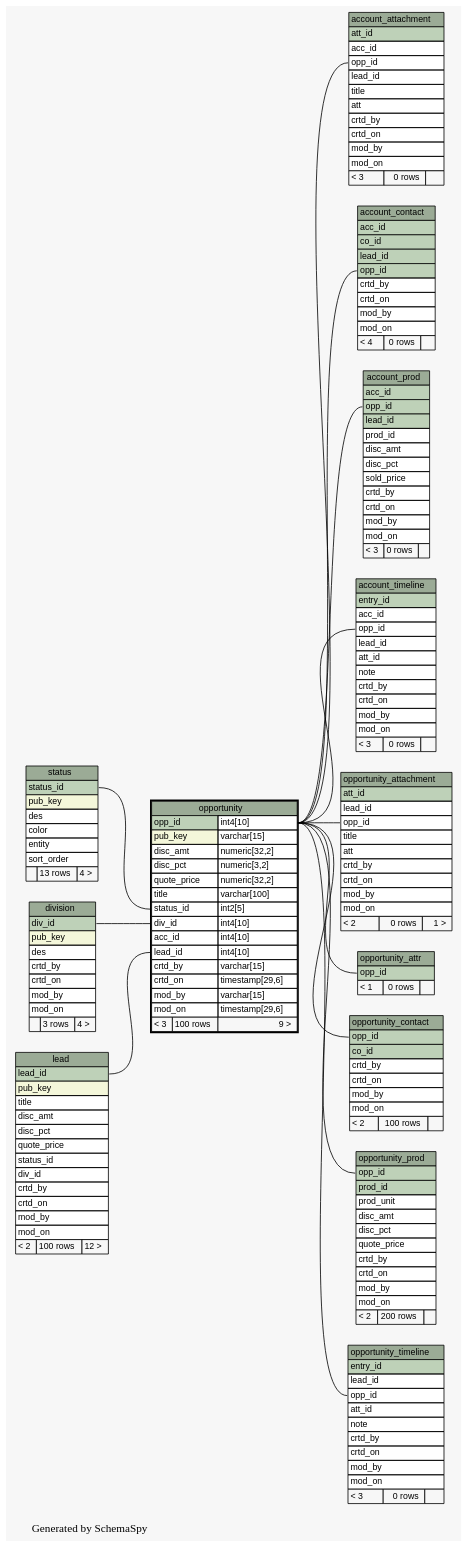
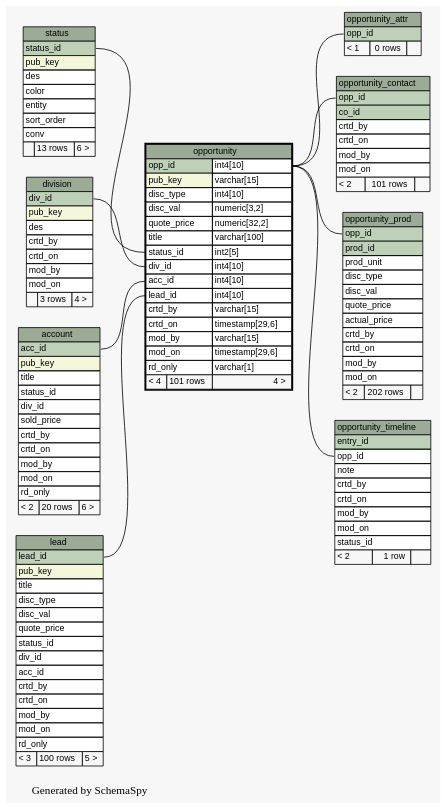
The diagram in docs/database/schemaspy/graphs/opportunity.1degree.dot (engineerscraft/salesforce), drawn with Graphviz before and after one commit. The commit also changed 157 other files, not shown here.

```diff
--- a/docs/database/schemaspy/graphs/opportunity.1degree.dot
+++ b/docs/database/schemaspy/graphs/opportunity.1degree.dot
@@ -14,92 +14,33 @@
   edge [
     arrowsize="0.8"
   ];
-  "account_attachment":"opp_id":w -> "opportunity":"opp_id.type":e [arrowtail=crowodot arrowhead=none];
-  "account_contact":"opp_id":w -> "opportunity":"opp_id.type":e [arrowtail=crowtee arrowhead=none];
-  "account_prod":"opp_id":w -> "opportunity":"opp_id.type":e [arrowtail=crowtee arrowhead=none];
-  "account_timeline":"opp_id":w -> "opportunity":"opp_id.type":e [arrowtail=crowodot arrowhead=none];
+  "opportunity":"acc_id":w -> "account":"acc_id":e [arrowtail=crowodot arrowhead=none];
   "opportunity":"div_id":w -> "division":"div_id":e [arrowtail=crowtee arrowhead=none];
   "opportunity":"lead_id":w -> "lead":"lead_id":e [arrowtail=crowodot arrowhead=none];
   "opportunity":"status_id":w -> "status":"status_id":e [arrowtail=crowtee arrowhead=none];
-  "opportunity_attachment":"opp_id":w -> "opportunity":"opp_id.type":e [arrowtail=crowtee arrowhead=none];
   "opportunity_attr":"opp_id":w -> "opportunity":"opp_id.type":e [arrowtail=tee arrowhead=none];
   "opportunity_contact":"opp_id":w -> "opportunity":"opp_id.type":e [arrowtail=crowtee arrowhead=none];
   "opportunity_prod":"opp_id":w -> "opportunity":"opp_id.type":e [arrowtail=crowtee arrowhead=none];
   "opportunity_timeline":"opp_id":w -> "opportunity":"opp_id.type":e [arrowtail=crowtee arrowhead=none];
-  "account_attachment" [
+  "account" [
     label=<
     <TABLE BORDER="0" CELLBORDER="1" CELLSPACING="0" BGCOLOR="#ffffff">
-      <TR><TD PORT="account_attachment.heading" COLSPAN="3" BGCOLOR="#9bab96" ALIGN="CENTER">account_attachment</TD></TR>
-      <TR><TD PORT="att_id" COLSPAN="3" BGCOLOR="#bed1b8" ALIGN="LEFT">att_id</TD></TR>
-      <TR><TD PORT="acc_id" COLSPAN="3" ALIGN="LEFT">acc_id</TD></TR>
-      <TR><TD PORT="opp_id" COLSPAN="3" ALIGN="LEFT">opp_id</TD></TR>
-      <TR><TD PORT="lead_id" COLSPAN="3" ALIGN="LEFT">lead_id</TD></TR>
+      <TR><TD PORT="account.heading" COLSPAN="3" BGCOLOR="#9bab96" ALIGN="CENTER">account</TD></TR>
+      <TR><TD PORT="acc_id" COLSPAN="3" BGCOLOR="#bed1b8" ALIGN="LEFT">acc_id</TD></TR>
+      <TR><TD PORT="pub_key" COLSPAN="3" BGCOLOR="#f4f7da" ALIGN="LEFT">pub_key</TD></TR>
       <TR><TD PORT="title" COLSPAN="3" ALIGN="LEFT">title</TD></TR>
-      <TR><TD PORT="att" COLSPAN="3" ALIGN="LEFT">att</TD></TR>
-      <TR><TD PORT="crtd_by" COLSPAN="3" ALIGN="LEFT">crtd_by</TD></TR>
-      <TR><TD PORT="crtd_on" COLSPAN="3" ALIGN="LEFT">crtd_on</TD></TR>
-      <TR><TD PORT="mod_by" COLSPAN="3" ALIGN="LEFT">mod_by</TD></TR>
-      <TR><TD PORT="mod_on" COLSPAN="3" ALIGN="LEFT">mod_on</TD></TR>
-      <TR><TD ALIGN="LEFT" BGCOLOR="#f7f7f7">&lt; 3</TD><TD ALIGN="RIGHT" BGCOLOR="#f7f7f7">0 rows</TD><TD ALIGN="RIGHT" BGCOLOR="#f7f7f7">  </TD></TR>
-    </TABLE>>
-    URL="account_attachment.html#graph"
-    tooltip="account_attachment"
-  ];
-  "account_contact" [
-    label=<
-    <TABLE BORDER="0" CELLBORDER="1" CELLSPACING="0" BGCOLOR="#ffffff">
-      <TR><TD PORT="account_contact.heading" COLSPAN="3" BGCOLOR="#9bab96" ALIGN="CENTER">account_contact</TD></TR>
-      <TR><TD PORT="acc_id" COLSPAN="3" BGCOLOR="#bed1b8" ALIGN="LEFT">acc_id</TD></TR>
-      <TR><TD PORT="co_id" COLSPAN="3" BGCOLOR="#bed1b8" ALIGN="LEFT">co_id</TD></TR>
-      <TR><TD PORT="lead_id" COLSPAN="3" BGCOLOR="#bed1b8" ALIGN="LEFT">lead_id</TD></TR>
-      <TR><TD PORT="opp_id" COLSPAN="3" BGCOLOR="#bed1b8" ALIGN="LEFT">opp_id</TD></TR>
-      <TR><TD PORT="crtd_by" COLSPAN="3" ALIGN="LEFT">crtd_by</TD></TR>
-      <TR><TD PORT="crtd_on" COLSPAN="3" ALIGN="LEFT">crtd_on</TD></TR>
-      <TR><TD PORT="mod_by" COLSPAN="3" ALIGN="LEFT">mod_by</TD></TR>
-      <TR><TD PORT="mod_on" COLSPAN="3" ALIGN="LEFT">mod_on</TD></TR>
-      <TR><TD ALIGN="LEFT" BGCOLOR="#f7f7f7">&lt; 4</TD><TD ALIGN="RIGHT" BGCOLOR="#f7f7f7">0 rows</TD><TD ALIGN="RIGHT" BGCOLOR="#f7f7f7">  </TD></TR>
-    </TABLE>>
-    URL="account_contact.html#graph"
-    tooltip="account_contact"
-  ];
-  "account_prod" [
-    label=<
-    <TABLE BORDER="0" CELLBORDER="1" CELLSPACING="0" BGCOLOR="#ffffff">
-      <TR><TD PORT="account_prod.heading" COLSPAN="3" BGCOLOR="#9bab96" ALIGN="CENTER">account_prod</TD></TR>
-      <TR><TD PORT="acc_id" COLSPAN="3" BGCOLOR="#bed1b8" ALIGN="LEFT">acc_id</TD></TR>
-      <TR><TD PORT="opp_id" COLSPAN="3" BGCOLOR="#bed1b8" ALIGN="LEFT">opp_id</TD></TR>
-      <TR><TD PORT="lead_id" COLSPAN="3" BGCOLOR="#bed1b8" ALIGN="LEFT">lead_id</TD></TR>
-      <TR><TD PORT="prod_id" COLSPAN="3" ALIGN="LEFT">prod_id</TD></TR>
-      <TR><TD PORT="disc_amt" COLSPAN="3" ALIGN="LEFT">disc_amt</TD></TR>
-      <TR><TD PORT="disc_pct" COLSPAN="3" ALIGN="LEFT">disc_pct</TD></TR>
+      <TR><TD PORT="status_id" COLSPAN="3" ALIGN="LEFT">status_id</TD></TR>
+      <TR><TD PORT="div_id" COLSPAN="3" ALIGN="LEFT">div_id</TD></TR>
       <TR><TD PORT="sold_price" COLSPAN="3" ALIGN="LEFT">sold_price</TD></TR>
       <TR><TD PORT="crtd_by" COLSPAN="3" ALIGN="LEFT">crtd_by</TD></TR>
       <TR><TD PORT="crtd_on" COLSPAN="3" ALIGN="LEFT">crtd_on</TD></TR>
       <TR><TD PORT="mod_by" COLSPAN="3" ALIGN="LEFT">mod_by</TD></TR>
       <TR><TD PORT="mod_on" COLSPAN="3" ALIGN="LEFT">mod_on</TD></TR>
-      <TR><TD ALIGN="LEFT" BGCOLOR="#f7f7f7">&lt; 3</TD><TD ALIGN="RIGHT" BGCOLOR="#f7f7f7">0 rows</TD><TD ALIGN="RIGHT" BGCOLOR="#f7f7f7">  </TD></TR>
+      <TR><TD PORT="rd_only" COLSPAN="3" ALIGN="LEFT">rd_only</TD></TR>
+      <TR><TD ALIGN="LEFT" BGCOLOR="#f7f7f7">&lt; 2</TD><TD ALIGN="RIGHT" BGCOLOR="#f7f7f7">20 rows</TD><TD ALIGN="RIGHT" BGCOLOR="#f7f7f7">6 &gt;</TD></TR>
     </TABLE>>
-    URL="account_prod.html#graph"
-    tooltip="account_prod"
-  ];
-  "account_timeline" [
-    label=<
-    <TABLE BORDER="0" CELLBORDER="1" CELLSPACING="0" BGCOLOR="#ffffff">
-      <TR><TD PORT="account_timeline.heading" COLSPAN="3" BGCOLOR="#9bab96" ALIGN="CENTER">account_timeline</TD></TR>
-      <TR><TD PORT="entry_id" COLSPAN="3" BGCOLOR="#bed1b8" ALIGN="LEFT">entry_id</TD></TR>
-      <TR><TD PORT="acc_id" COLSPAN="3" ALIGN="LEFT">acc_id</TD></TR>
-      <TR><TD PORT="opp_id" COLSPAN="3" ALIGN="LEFT">opp_id</TD></TR>
-      <TR><TD PORT="lead_id" COLSPAN="3" ALIGN="LEFT">lead_id</TD></TR>
-      <TR><TD PORT="att_id" COLSPAN="3" ALIGN="LEFT">att_id</TD></TR>
-      <TR><TD PORT="note" COLSPAN="3" ALIGN="LEFT">note</TD></TR>
-      <TR><TD PORT="crtd_by" COLSPAN="3" ALIGN="LEFT">crtd_by</TD></TR>
-      <TR><TD PORT="crtd_on" COLSPAN="3" ALIGN="LEFT">crtd_on</TD></TR>
-      <TR><TD PORT="mod_by" COLSPAN="3" ALIGN="LEFT">mod_by</TD></TR>
-      <TR><TD PORT="mod_on" COLSPAN="3" ALIGN="LEFT">mod_on</TD></TR>
-      <TR><TD ALIGN="LEFT" BGCOLOR="#f7f7f7">&lt; 3</TD><TD ALIGN="RIGHT" BGCOLOR="#f7f7f7">0 rows</TD><TD ALIGN="RIGHT" BGCOLOR="#f7f7f7">  </TD></TR>
-    </TABLE>>
-    URL="account_timeline.html#graph"
-    tooltip="account_timeline"
+    URL="account.html#graph"
+    tooltip="account"
   ];
   "division" [
     label=<
@@ -124,16 +65,18 @@
       <TR><TD PORT="lead_id" COLSPAN="3" BGCOLOR="#bed1b8" ALIGN="LEFT">lead_id</TD></TR>
       <TR><TD PORT="pub_key" COLSPAN="3" BGCOLOR="#f4f7da" ALIGN="LEFT">pub_key</TD></TR>
       <TR><TD PORT="title" COLSPAN="3" ALIGN="LEFT">title</TD></TR>
-      <TR><TD PORT="disc_amt" COLSPAN="3" ALIGN="LEFT">disc_amt</TD></TR>
-      <TR><TD PORT="disc_pct" COLSPAN="3" ALIGN="LEFT">disc_pct</TD></TR>
+      <TR><TD PORT="disc_type" COLSPAN="3" ALIGN="LEFT">disc_type</TD></TR>
+      <TR><TD PORT="disc_val" COLSPAN="3" ALIGN="LEFT">disc_val</TD></TR>
       <TR><TD PORT="quote_price" COLSPAN="3" ALIGN="LEFT">quote_price</TD></TR>
       <TR><TD PORT="status_id" COLSPAN="3" ALIGN="LEFT">status_id</TD></TR>
       <TR><TD PORT="div_id" COLSPAN="3" ALIGN="LEFT">div_id</TD></TR>
+      <TR><TD PORT="acc_id" COLSPAN="3" ALIGN="LEFT">acc_id</TD></TR>
       <TR><TD PORT="crtd_by" COLSPAN="3" ALIGN="LEFT">crtd_by</TD></TR>
       <TR><TD PORT="crtd_on" COLSPAN="3" ALIGN="LEFT">crtd_on</TD></TR>
       <TR><TD PORT="mod_by" COLSPAN="3" ALIGN="LEFT">mod_by</TD></TR>
       <TR><TD PORT="mod_on" COLSPAN="3" ALIGN="LEFT">mod_on</TD></TR>
-      <TR><TD ALIGN="LEFT" BGCOLOR="#f7f7f7">&lt; 2</TD><TD ALIGN="RIGHT" BGCOLOR="#f7f7f7">100 rows</TD><TD ALIGN="RIGHT" BGCOLOR="#f7f7f7">12 &gt;</TD></TR>
+      <TR><TD PORT="rd_only" COLSPAN="3" ALIGN="LEFT">rd_only</TD></TR>
+      <TR><TD ALIGN="LEFT" BGCOLOR="#f7f7f7">&lt; 3</TD><TD ALIGN="RIGHT" BGCOLOR="#f7f7f7">100 rows</TD><TD ALIGN="RIGHT" BGCOLOR="#f7f7f7">5 &gt;</TD></TR>
     </TABLE>>
     URL="lead.html#graph"
     tooltip="lead"
@@ -144,8 +87,8 @@
       <TR><TD PORT="opportunity.heading" COLSPAN="3" BGCOLOR="#9bab96" ALIGN="CENTER">opportunity</TD></TR>
       <TR><TD PORT="opp_id" COLSPAN="2" BGCOLOR="#bed1b8" ALIGN="LEFT">opp_id</TD><TD PORT="opp_id.type" ALIGN="LEFT">int4[10]</TD></TR>
       <TR><TD PORT="pub_key" COLSPAN="2" BGCOLOR="#f4f7da" ALIGN="LEFT">pub_key</TD><TD PORT="pub_key.type" ALIGN="LEFT">varchar[15]</TD></TR>
-      <TR><TD PORT="disc_amt" COLSPAN="2" ALIGN="LEFT">disc_amt</TD><TD PORT="disc_amt.type" ALIGN="LEFT">numeric[32,2]</TD></TR>
-      <TR><TD PORT="disc_pct" COLSPAN="2" ALIGN="LEFT">disc_pct</TD><TD PORT="disc_pct.type" ALIGN="LEFT">numeric[3,2]</TD></TR>
+      <TR><TD PORT="disc_type" COLSPAN="2" ALIGN="LEFT">disc_type</TD><TD PORT="disc_type.type" ALIGN="LEFT">int4[10]</TD></TR>
+      <TR><TD PORT="disc_val" COLSPAN="2" ALIGN="LEFT">disc_val</TD><TD PORT="disc_val.type" ALIGN="LEFT">numeric[3,2]</TD></TR>
       <TR><TD PORT="quote_price" COLSPAN="2" ALIGN="LEFT">quote_price</TD><TD PORT="quote_price.type" ALIGN="LEFT">numeric[32,2]</TD></TR>
       <TR><TD PORT="title" COLSPAN="2" ALIGN="LEFT">title</TD><TD PORT="title.type" ALIGN="LEFT">varchar[100]</TD></TR>
       <TR><TD PORT="status_id" COLSPAN="2" ALIGN="LEFT">status_id</TD><TD PORT="status_id.type" ALIGN="LEFT">int2[5]</TD></TR>
@@ -156,28 +99,11 @@
       <TR><TD PORT="crtd_on" COLSPAN="2" ALIGN="LEFT">crtd_on</TD><TD PORT="crtd_on.type" ALIGN="LEFT">timestamp[29,6]</TD></TR>
       <TR><TD PORT="mod_by" COLSPAN="2" ALIGN="LEFT">mod_by</TD><TD PORT="mod_by.type" ALIGN="LEFT">varchar[15]</TD></TR>
       <TR><TD PORT="mod_on" COLSPAN="2" ALIGN="LEFT">mod_on</TD><TD PORT="mod_on.type" ALIGN="LEFT">timestamp[29,6]</TD></TR>
-      <TR><TD ALIGN="LEFT" BGCOLOR="#f7f7f7">&lt; 3</TD><TD ALIGN="RIGHT" BGCOLOR="#f7f7f7">100 rows</TD><TD ALIGN="RIGHT" BGCOLOR="#f7f7f7">9 &gt;</TD></TR>
+      <TR><TD PORT="rd_only" COLSPAN="2" ALIGN="LEFT">rd_only</TD><TD PORT="rd_only.type" ALIGN="LEFT">varchar[1]</TD></TR>
+      <TR><TD ALIGN="LEFT" BGCOLOR="#f7f7f7">&lt; 4</TD><TD ALIGN="RIGHT" BGCOLOR="#f7f7f7">101 rows</TD><TD ALIGN="RIGHT" BGCOLOR="#f7f7f7">4 &gt;</TD></TR>
     </TABLE>>
     URL="opportunity.html#"
     tooltip="opportunity"
-  ];
-  "opportunity_attachment" [
-    label=<
-    <TABLE BORDER="0" CELLBORDER="1" CELLSPACING="0" BGCOLOR="#ffffff">
-      <TR><TD PORT="opportunity_attachment.heading" COLSPAN="3" BGCOLOR="#9bab96" ALIGN="CENTER">opportunity_attachment</TD></TR>
-      <TR><TD PORT="att_id" COLSPAN="3" BGCOLOR="#bed1b8" ALIGN="LEFT">att_id</TD></TR>
-      <TR><TD PORT="lead_id" COLSPAN="3" ALIGN="LEFT">lead_id</TD></TR>
-      <TR><TD PORT="opp_id" COLSPAN="3" ALIGN="LEFT">opp_id</TD></TR>
-      <TR><TD PORT="title" COLSPAN="3" ALIGN="LEFT">title</TD></TR>
-      <TR><TD PORT="att" COLSPAN="3" ALIGN="LEFT">att</TD></TR>
-      <TR><TD PORT="crtd_by" COLSPAN="3" ALIGN="LEFT">crtd_by</TD></TR>
-      <TR><TD PORT="crtd_on" COLSPAN="3" ALIGN="LEFT">crtd_on</TD></TR>
-      <TR><TD PORT="mod_by" COLSPAN="3" ALIGN="LEFT">mod_by</TD></TR>
-      <TR><TD PORT="mod_on" COLSPAN="3" ALIGN="LEFT">mod_on</TD></TR>
-      <TR><TD ALIGN="LEFT" BGCOLOR="#f7f7f7">&lt; 2</TD><TD ALIGN="RIGHT" BGCOLOR="#f7f7f7">0 rows</TD><TD ALIGN="RIGHT" BGCOLOR="#f7f7f7">1 &gt;</TD></TR>
-    </TABLE>>
-    URL="opportunity_attachment.html#graph"
-    tooltip="opportunity_attachment"
   ];
   "opportunity_attr" [
     label=<
@@ -199,7 +125,7 @@
       <TR><TD PORT="crtd_on" COLSPAN="3" ALIGN="LEFT">crtd_on</TD></TR>
       <TR><TD PORT="mod_by" COLSPAN="3" ALIGN="LEFT">mod_by</TD></TR>
       <TR><TD PORT="mod_on" COLSPAN="3" ALIGN="LEFT">mod_on</TD></TR>
-      <TR><TD ALIGN="LEFT" BGCOLOR="#f7f7f7">&lt; 2</TD><TD ALIGN="RIGHT" BGCOLOR="#f7f7f7">100 rows</TD><TD ALIGN="RIGHT" BGCOLOR="#f7f7f7">  </TD></TR>
+      <TR><TD ALIGN="LEFT" BGCOLOR="#f7f7f7">&lt; 2</TD><TD ALIGN="RIGHT" BGCOLOR="#f7f7f7">101 rows</TD><TD ALIGN="RIGHT" BGCOLOR="#f7f7f7">  </TD></TR>
     </TABLE>>
     URL="opportunity_contact.html#graph"
     tooltip="opportunity_contact"
@@ -211,14 +137,15 @@
       <TR><TD PORT="opp_id" COLSPAN="3" BGCOLOR="#bed1b8" ALIGN="LEFT">opp_id</TD></TR>
       <TR><TD PORT="prod_id" COLSPAN="3" BGCOLOR="#bed1b8" ALIGN="LEFT">prod_id</TD></TR>
       <TR><TD PORT="prod_unit" COLSPAN="3" ALIGN="LEFT">prod_unit</TD></TR>
-      <TR><TD PORT="disc_amt" COLSPAN="3" ALIGN="LEFT">disc_amt</TD></TR>
-      <TR><TD PORT="disc_pct" COLSPAN="3" ALIGN="LEFT">disc_pct</TD></TR>
+      <TR><TD PORT="disc_type" COLSPAN="3" ALIGN="LEFT">disc_type</TD></TR>
+      <TR><TD PORT="disc_val" COLSPAN="3" ALIGN="LEFT">disc_val</TD></TR>
       <TR><TD PORT="quote_price" COLSPAN="3" ALIGN="LEFT">quote_price</TD></TR>
+      <TR><TD PORT="actual_price" COLSPAN="3" ALIGN="LEFT">actual_price</TD></TR>
       <TR><TD PORT="crtd_by" COLSPAN="3" ALIGN="LEFT">crtd_by</TD></TR>
       <TR><TD PORT="crtd_on" COLSPAN="3" ALIGN="LEFT">crtd_on</TD></TR>
       <TR><TD PORT="mod_by" COLSPAN="3" ALIGN="LEFT">mod_by</TD></TR>
       <TR><TD PORT="mod_on" COLSPAN="3" ALIGN="LEFT">mod_on</TD></TR>
-      <TR><TD ALIGN="LEFT" BGCOLOR="#f7f7f7">&lt; 2</TD><TD ALIGN="RIGHT" BGCOLOR="#f7f7f7">200 rows</TD><TD ALIGN="RIGHT" BGCOLOR="#f7f7f7">  </TD></TR>
+      <TR><TD ALIGN="LEFT" BGCOLOR="#f7f7f7">&lt; 2</TD><TD ALIGN="RIGHT" BGCOLOR="#f7f7f7">202 rows</TD><TD ALIGN="RIGHT" BGCOLOR="#f7f7f7">  </TD></TR>
     </TABLE>>
     URL="opportunity_prod.html#graph"
     tooltip="opportunity_prod"
@@ -228,15 +155,14 @@
     <TABLE BORDER="0" CELLBORDER="1" CELLSPACING="0" BGCOLOR="#ffffff">
       <TR><TD PORT="opportunity_timeline.heading" COLSPAN="3" BGCOLOR="#9bab96" ALIGN="CENTER">opportunity_timeline</TD></TR>
       <TR><TD PORT="entry_id" COLSPAN="3" BGCOLOR="#bed1b8" ALIGN="LEFT">entry_id</TD></TR>
-      <TR><TD PORT="lead_id" COLSPAN="3" ALIGN="LEFT">lead_id</TD></TR>
       <TR><TD PORT="opp_id" COLSPAN="3" ALIGN="LEFT">opp_id</TD></TR>
-      <TR><TD PORT="att_id" COLSPAN="3" ALIGN="LEFT">att_id</TD></TR>
       <TR><TD PORT="note" COLSPAN="3" ALIGN="LEFT">note</TD></TR>
       <TR><TD PORT="crtd_by" COLSPAN="3" ALIGN="LEFT">crtd_by</TD></TR>
       <TR><TD PORT="crtd_on" COLSPAN="3" ALIGN="LEFT">crtd_on</TD></TR>
       <TR><TD PORT="mod_by" COLSPAN="3" ALIGN="LEFT">mod_by</TD></TR>
       <TR><TD PORT="mod_on" COLSPAN="3" ALIGN="LEFT">mod_on</TD></TR>
-      <TR><TD ALIGN="LEFT" BGCOLOR="#f7f7f7">&lt; 3</TD><TD ALIGN="RIGHT" BGCOLOR="#f7f7f7">0 rows</TD><TD ALIGN="RIGHT" BGCOLOR="#f7f7f7">  </TD></TR>
+      <TR><TD PORT="status_id" COLSPAN="3" ALIGN="LEFT">status_id</TD></TR>
+      <TR><TD ALIGN="LEFT" BGCOLOR="#f7f7f7">&lt; 2</TD><TD ALIGN="RIGHT" BGCOLOR="#f7f7f7">1 row</TD><TD ALIGN="RIGHT" BGCOLOR="#f7f7f7">  </TD></TR>
     </TABLE>>
     URL="opportunity_timeline.html#graph"
     tooltip="opportunity_timeline"
@@ -251,7 +177,8 @@
       <TR><TD PORT="color" COLSPAN="3" ALIGN="LEFT">color</TD></TR>
       <TR><TD PORT="entity" COLSPAN="3" ALIGN="LEFT">entity</TD></TR>
       <TR><TD PORT="sort_order" COLSPAN="3" ALIGN="LEFT">sort_order</TD></TR>
-      <TR><TD ALIGN="LEFT" BGCOLOR="#f7f7f7">  </TD><TD ALIGN="RIGHT" BGCOLOR="#f7f7f7">13 rows</TD><TD ALIGN="RIGHT" BGCOLOR="#f7f7f7">4 &gt;</TD></TR>
+      <TR><TD PORT="conv" COLSPAN="3" ALIGN="LEFT">conv</TD></TR>
+      <TR><TD ALIGN="LEFT" BGCOLOR="#f7f7f7">  </TD><TD ALIGN="RIGHT" BGCOLOR="#f7f7f7">13 rows</TD><TD ALIGN="RIGHT" BGCOLOR="#f7f7f7">6 &gt;</TD></TR>
     </TABLE>>
     URL="status.html#graph"
     tooltip="status"
```
